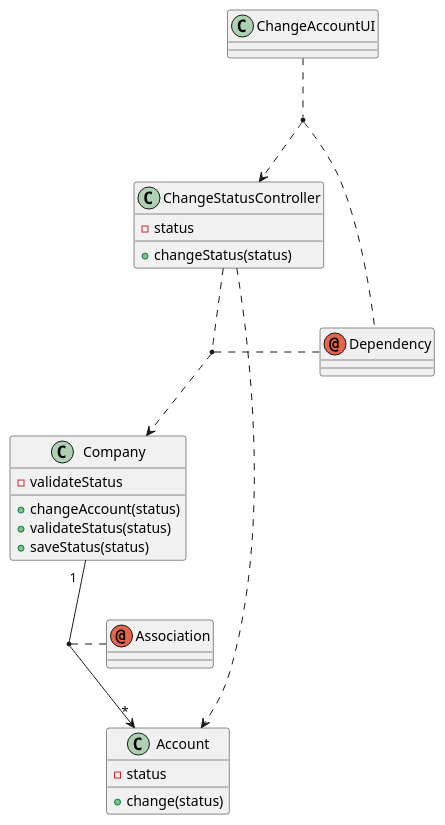
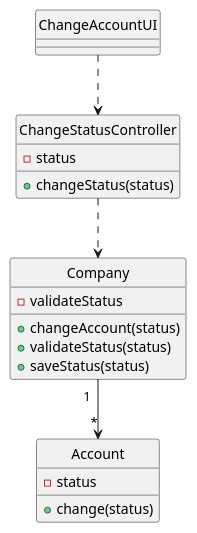
One commit to Loracline/project_switch_22-23 changed the diagram in docs/modelling_design/user_stories/us006/US006_Class_Diagram.puml. Above: the diagram before and after it, drawn with PlantUML. The commit also changed 9 other files, not shown here.

Commit message:
US002: Design - Refinement of Class Diagram (UC: To Register Account)

```diff
--- a/docs/modelling_design/user_stories/us006/US006_Class_Diagram.puml
+++ b/docs/modelling_design/user_stories/us006/US006_Class_Diagram.puml
@@ -1,37 +1,34 @@
 @startuml
-'https://plantuml.com/class-diagram
 
 class "ChangeAccountUI"
 class "ChangeStatusController"
 class "Company"
 class "Account"
-annotation "Dependency"
-annotation "Association"
 
 "ChangeAccountUI" ..> "ChangeStatusController"
 "ChangeStatusController"  ..> "Company"
-"ChangeStatusController" ..> "Account"
 "Company" "1  " -->"*" "Account"
-
-("ChangeAccountUI", "ChangeStatusController") . "Dependency"
-("Company", "ChangeStatusController") . "Dependency"
-("Company", "Account") . "Association"
-
 
 class "Company"{
 +changeAccount(status)
 +validateStatus(status)
 +saveStatus(status)
 -validateStatus
 }
+
 class "ChangeStatusController"{
 +changeStatus(status)
 -status
 }
 
 class Account{
 + change(status)
 -status
 }
 
+hide "ChangeAccountUI" circle
+hide "ChangeStatusController" circle
+hide "Company" circle
+hide "Account" circle
+
 @enduml
```
